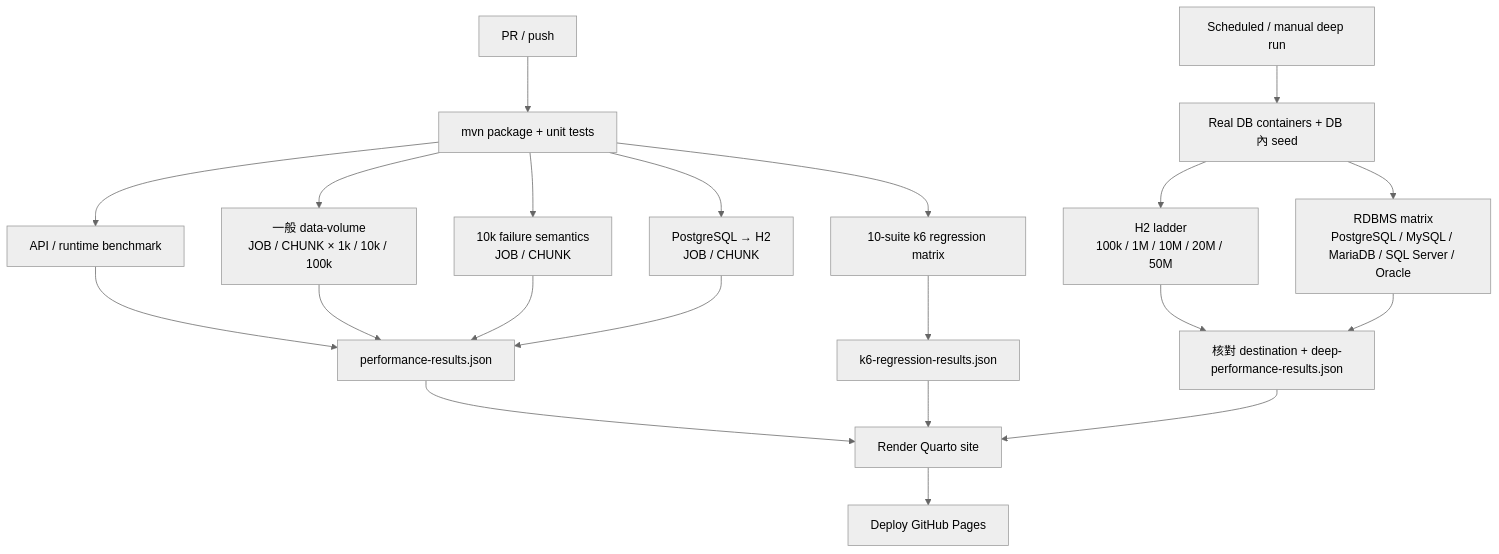
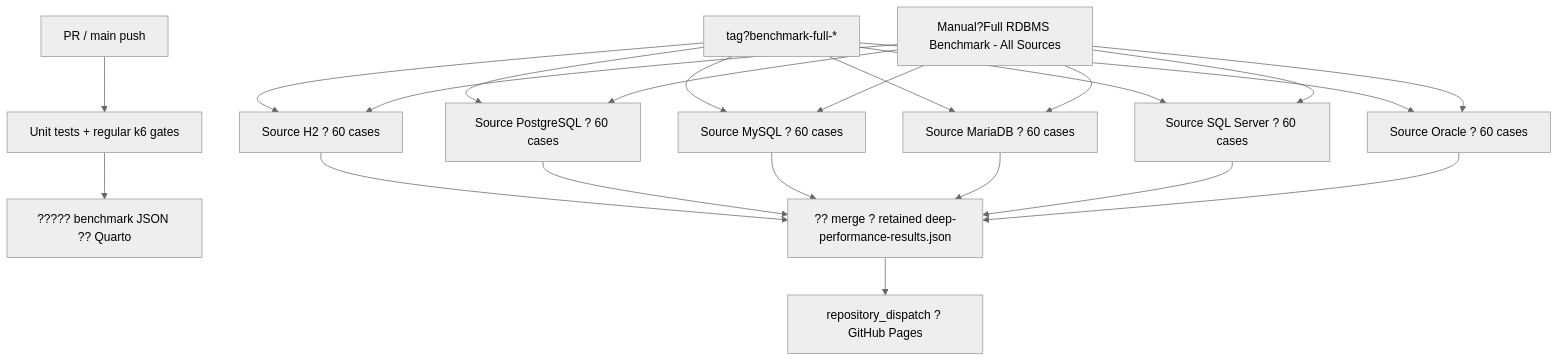
Before and after one commit to tibame201020/IrisPipe: the third of 3 diagrams in quarto/zh-TW/performance.qmd, drawn with Mermaid (neutral theme). The commit also changed other lines of this file and 19 other files, not shown here.

Commit message:
feat: add full cross-RDBMS benchmark matrix

````diff
--- a/quarto/zh-TW/performance.qmd
+++ b/quarto/zh-TW/performance.qmd
@@ -101,26 +115,27 @@
 ```{mermaid}
 flowchart TD
-  P["PR / push"] --> B["mvn package + unit tests"]
-  B --> A["API / runtime benchmark"]
-  B --> V["一般 data-volume\nJOB / CHUNK × 1k / 10k / 100k"]
-  B --> F["10k failure semantics\nJOB / CHUNK"]
-  B --> X["PostgreSQL → H2\nJOB / CHUNK"]
-  B --> R["10-suite k6 regression matrix"]
+  PR["PR / main push"] --> G["Unit tests + regular k6 gates"]
+  G --> P["????? benchmark JSON ?? Quarto"]
 
-  S["Scheduled / manual deep run"] --> DB["Real DB containers + DB 內 seed"]
-  DB --> H["H2 ladder\n100k / 1M / 10M / 20M / 50M"]
-  DB --> M["RDBMS matrix\nPostgreSQL / MySQL / MariaDB / SQL Server / Oracle"]
-  H --> DP["核對 destination + deep-performance-results.json"]
-  M --> DP
+  T["tag?benchmark-full-*"] --> H2["Source H2 ? 60 cases"]
+  T --> PG["Source PostgreSQL ? 60 cases"]
+  T --> MY["Source MySQL ? 60 cases"]
+  T --> MA["Source MariaDB ? 60 cases"]
+  T --> MS["Source SQL Server ? 60 cases"]
+  T --> OR["Source Oracle ? 60 cases"]
 
-  A --> KP["performance-results.json"]
-  V --> KP
-  F --> KP
-  X --> KP
-  R --> RP["k6-regression-results.json"]
+  M["Manual?Full RDBMS Benchmark - All Sources"] --> H2
+  M --> PG
+  M --> MY
+  M --> MA
+  M --> MS
+  M --> OR
 
-  KP --> Q["Render Quarto site"]
-  RP --> Q
-  DP --> Q
-  Q --> D["Deploy GitHub Pages"]
+  H2 --> R["?? merge ? retained deep-performance-results.json"]
+  PG --> R
+  MY --> R
+  MA --> R
+  MS --> R
+  OR --> R
+  R --> D["repository_dispatch ? GitHub Pages"]
 ```
````
